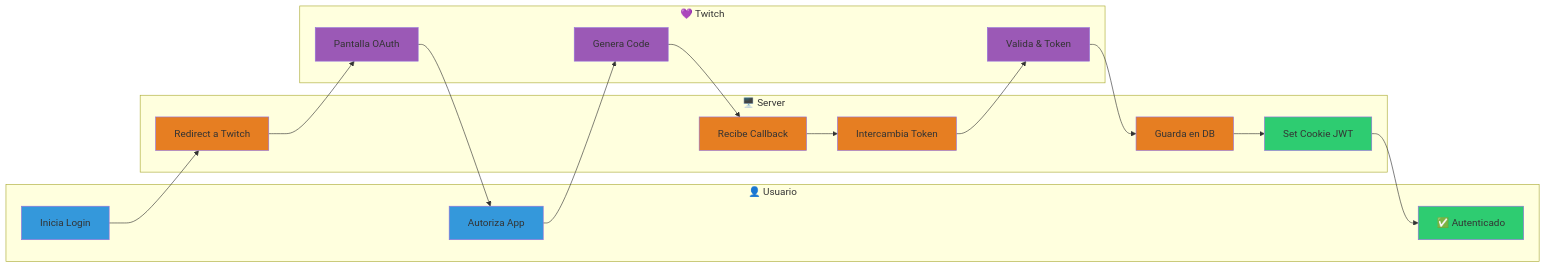
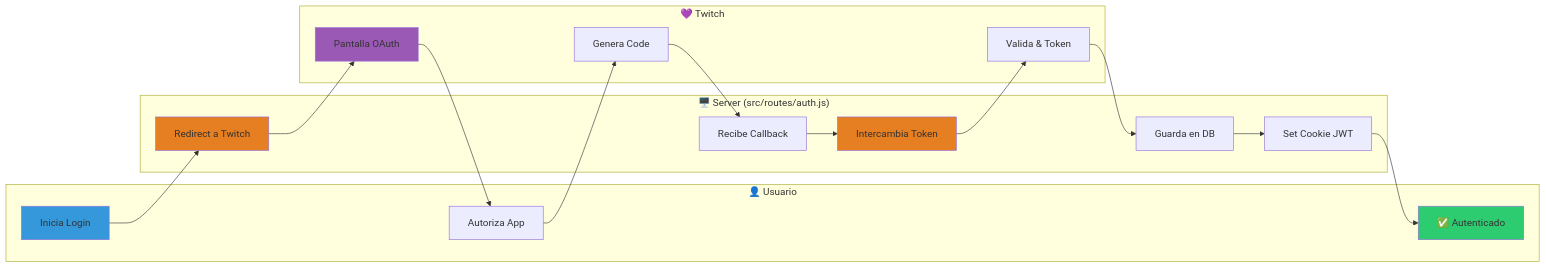
The third of 6 diagrams in Docs/API_FLOWCHART.md (Ponss17/Followage-api), drawn with Mermaid before and after one commit. The commit also changed other lines of this file and 2 other files, not shown here.

````diff
--- a/Docs/API_FLOWCHART.md
+++ b/Docs/API_FLOWCHART.md
@@ -100,45 +123,39 @@
 ```mermaid
 graph LR
     subgraph "👤 Usuario"
         U1[Inicia Login]
         U2[Autoriza App]
         U3[✅ Autenticado]
     end
     
-    subgraph "🖥️ Server"
+    subgraph "🖥️ Server (src/routes/auth.js)"
         S1[Redirect a Twitch]
         S2[Recibe Callback]
         S3[Intercambia Token]
         S4[Guarda en DB]
         S5[Set Cookie JWT]
     end
     
     subgraph "💜 Twitch"
         T1[Pantalla OAuth]
         T2[Genera Code]
         T3[Valida & Token]
     end
     
     U1 --> S1
     S1 --> T1
     T1 --> U2
     U2 --> T2
     T2 --> S2
     S2 --> S3
     S3 --> T3
     T3 --> S4
     S4 --> S5
     S5 --> U3
     
     style U1 fill:#3498DB
-    style U2 fill:#3498DB
     style U3 fill:#2ECC71
     style S1 fill:#E67E22
-    style S2 fill:#E67E22
     style S3 fill:#E67E22
-    style S4 fill:#E67E22
-    style S5 fill:#2ECC71
     style T1 fill:#9B59B6
-    style T2 fill:#9B59B6
-    style T3 fill:#9B59B6
 ```
````
